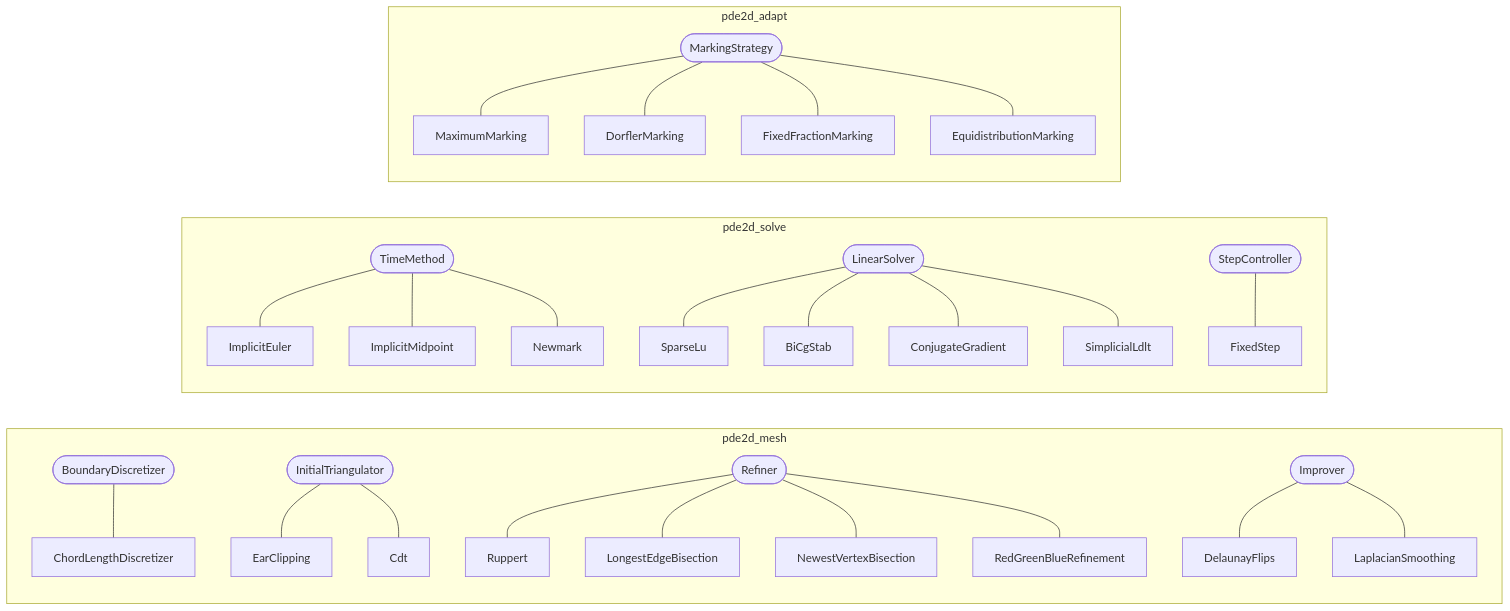
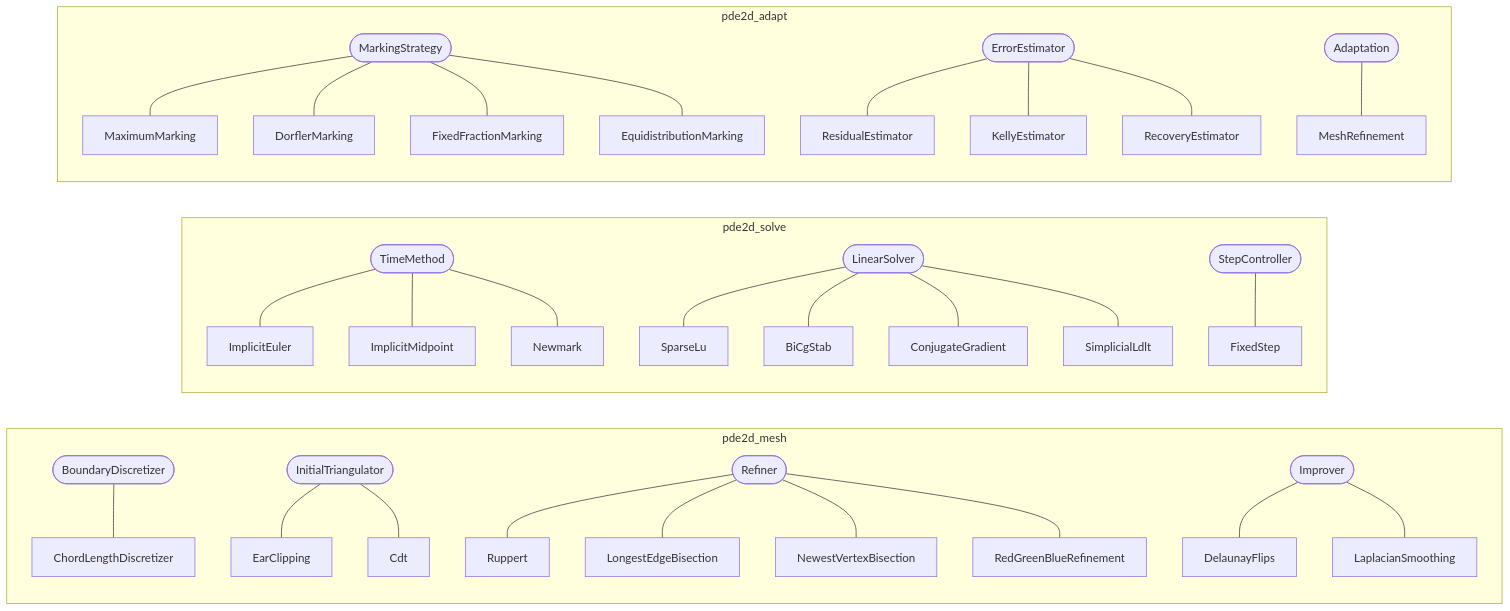
Diagram 11 of 12 in docs/architecture.md (dmglushko/2d-pde), drawn with Mermaid before and after one commit. The commit also changed other lines of this file and 4 other files, not shown here.

````diff
--- a/docs/architecture.md
+++ b/docs/architecture.md
@@ -486,30 +489,34 @@
 ```mermaid
 flowchart LR
     subgraph mesh [pde2d_mesh]
         BD([BoundaryDiscretizer]) --- CLD[ChordLengthDiscretizer]
         IT([InitialTriangulator]) --- EAR[EarClipping]
         IT --- CDT[Cdt]
         RF([Refiner]) --- RUP[Ruppert]
         RF --- LEB[LongestEdgeBisection]
         RF --- NVB[NewestVertexBisection]
         RF --- RGB[RedGreenBlueRefinement]
         IMP([Improver]) --- DF[DelaunayFlips]
         IMP --- LS[LaplacianSmoothing]
     end
     subgraph solve [pde2d_solve]
         TMI([TimeMethod]) --- IE[ImplicitEuler]
         TMI --- IM[ImplicitMidpoint]
         TMI --- NM[Newmark]
         LSI([LinearSolver]) --- SLU[SparseLu]
         LSI --- BCG[BiCgStab]
         LSI --- CG[ConjugateGradient]
         LSI --- LDLT[SimplicialLdlt]
         SCI([StepController]) --- FS[FixedStep]
     end
     subgraph adapt [pde2d_adapt]
         MKS([MarkingStrategy]) --- MXM[MaximumMarking]
         MKS --- DRM[DorflerMarking]
         MKS --- FFM[FixedFractionMarking]
         MKS --- EQM[EquidistributionMarking]
+        EST([ErrorEstimator]) --- RES[ResidualEstimator]
+        EST --- KEL[KellyEstimator]
+        EST --- REC[RecoveryEstimator]
+        ADP([Adaptation]) --- MR[MeshRefinement]
     end
 ```
````
